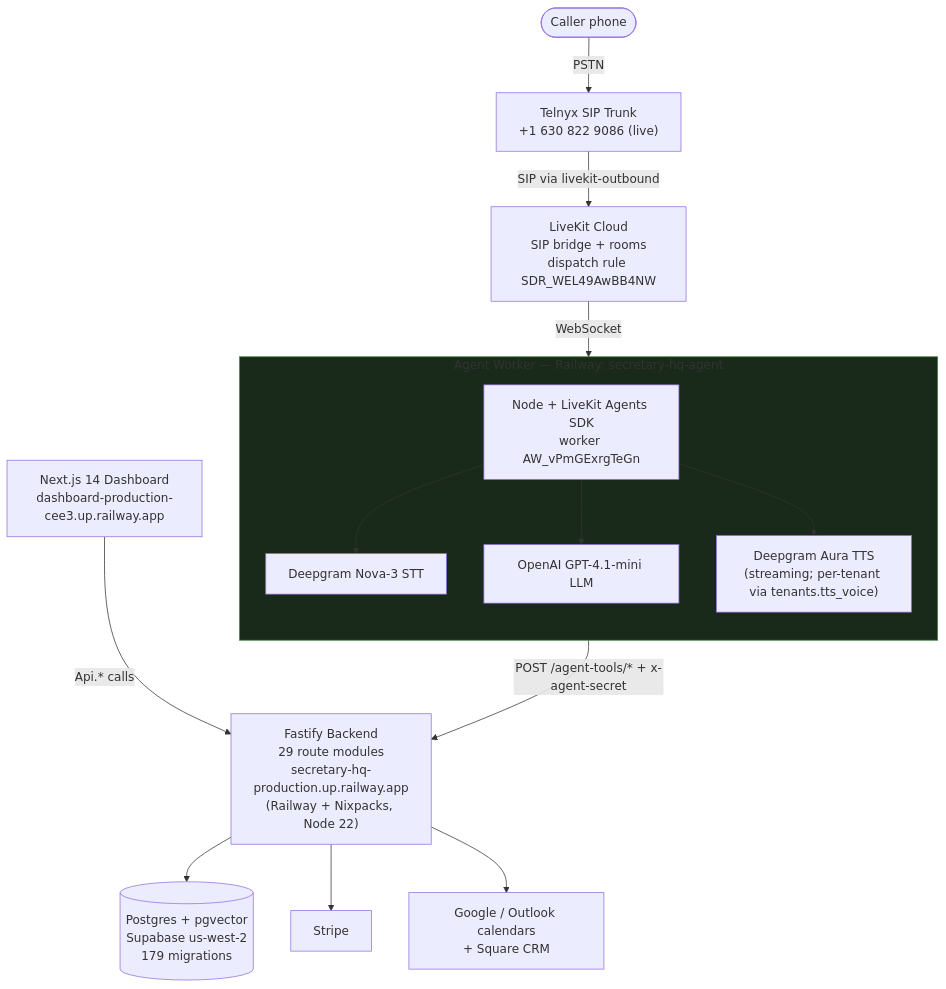
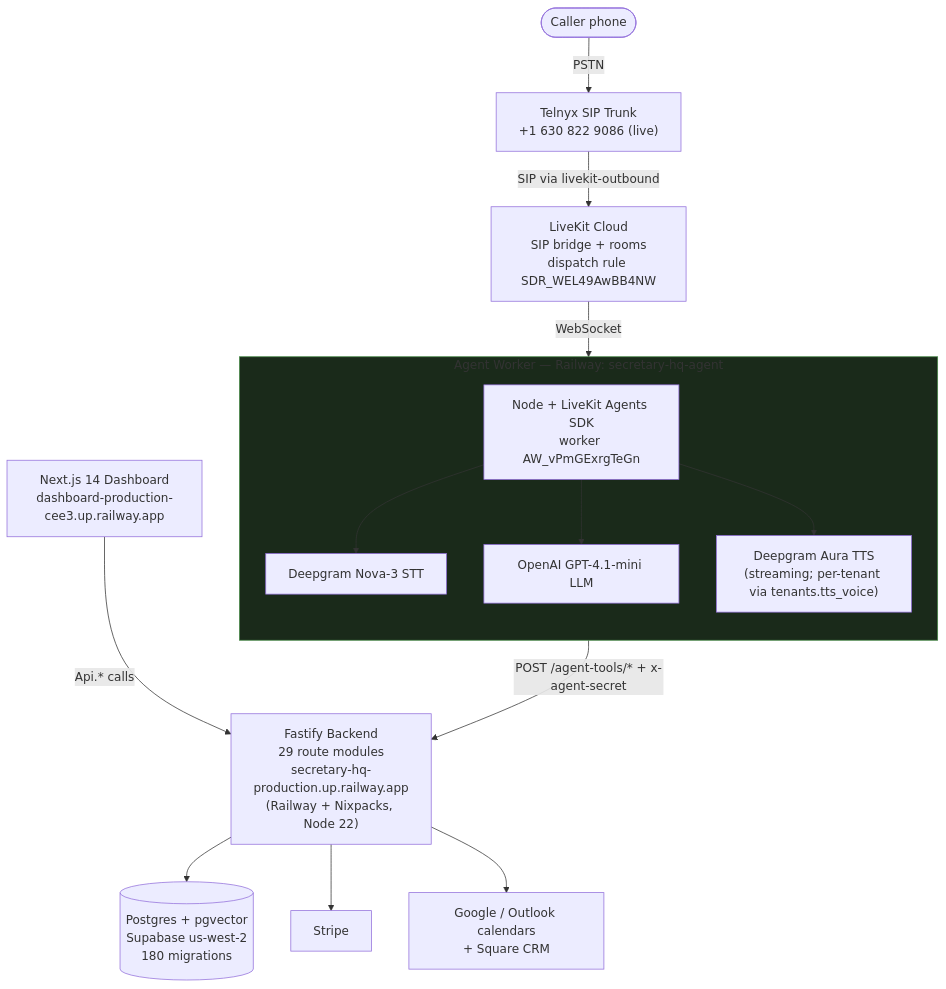
The first of 12 diagrams in docs/DIAGRAMS.md (ddemott/ai-sec), drawn with Mermaid before and after one commit. The commit also changed 5 other files, not shown here.

````diff
--- a/docs/DIAGRAMS.md
+++ b/docs/DIAGRAMS.md
@@ -28,37 +28,37 @@
 ```mermaid
 flowchart TB
   Caller([Caller phone])
   Telnyx["Telnyx SIP Trunk<br/>+1 630 822 9086 (live)"]
   Caller -->|PSTN| Telnyx
 
   LiveKit["LiveKit Cloud<br/>SIP bridge + rooms<br/>dispatch rule SDR_WEL49AwBB4NW"]
   Telnyx -->|SIP via livekit-outbound| LiveKit
 
   subgraph agentBox["Agent Worker — Railway: secretary-hq-agent"]
     direction TB
     Agent["Node + LiveKit Agents SDK<br/>worker AW_vPmGExrgTeGn"]
     DG["Deepgram Nova-3 STT"]
     OAI["OpenAI GPT-4.1-mini LLM"]
     TTS["Deepgram Aura TTS<br/>(streaming; per-tenant via tenants.tts_voice)"]
     Agent --> DG
     Agent --> OAI
     Agent --> TTS
   end
 
   LiveKit -->|WebSocket| Agent
 
   Fastify["Fastify Backend<br/>29 route modules<br/>secretary-hq-production.up.railway.app<br/>(Railway + Nixpacks, Node 22)"]
   Agent -->|POST /agent-tools/* + x-agent-secret| Fastify
 
-  Postgres[("Postgres + pgvector<br/>Supabase us-west-2<br/>179 migrations")]
+  Postgres[("Postgres + pgvector<br/>Supabase us-west-2<br/>180 migrations")]
   Stripe["Stripe"]
   Integrations["Google / Outlook calendars<br/>+ Square CRM"]
   Dashboard["Next.js 14 Dashboard<br/>dashboard-production-cee3.up.railway.app"]
 
   Fastify --> Postgres
   Fastify --> Stripe
   Fastify --> Integrations
   Dashboard -->|Api.* calls| Fastify
 
   style agentBox fill:#1a2a1a,stroke:#484
 ```
````
